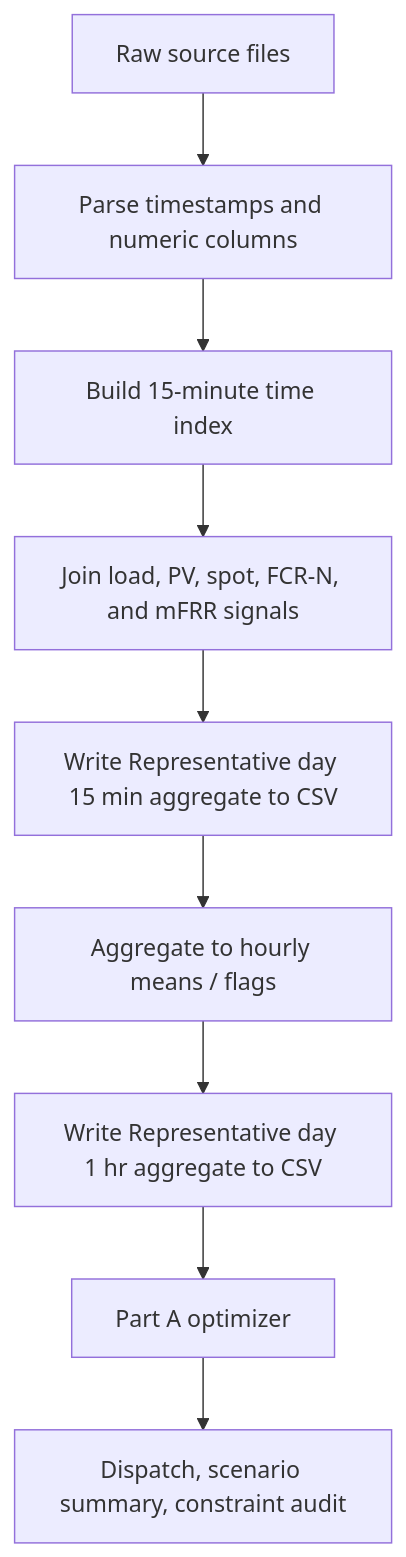
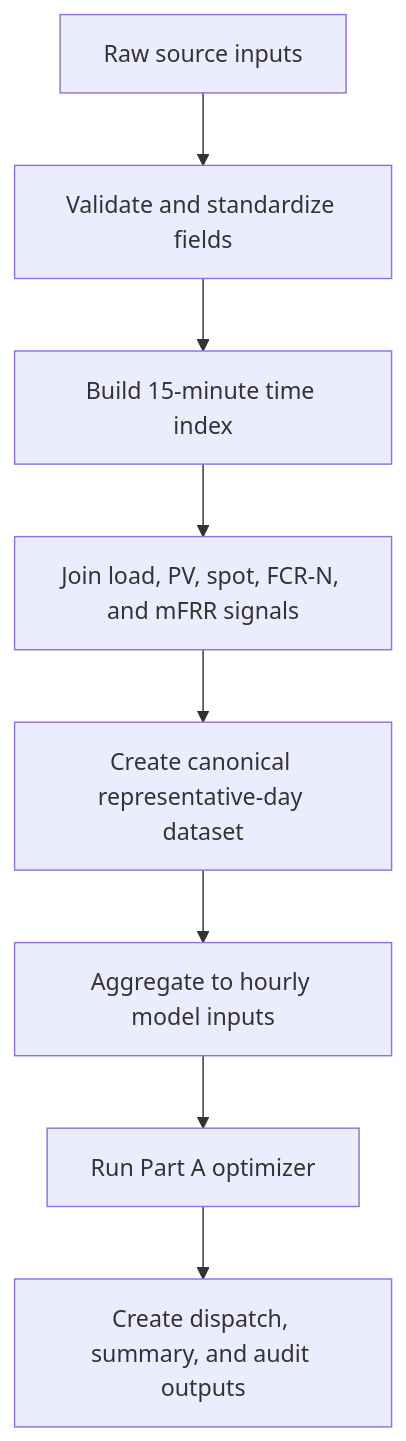
One commit to KayvanShah1/btm-bess-market-optimizer changed the first of 2 diagrams in docs/DATA_METHOD.md. Above: the diagram before and after it, drawn with Mermaid. The commit also changed 1 other file, not shown here.

Commit message:
Refactor data flow diagrams in documentation for clarity and consistency

````diff
--- a/docs/DATA_METHOD.md
+++ b/docs/DATA_METHOD.md
@@ -23,11 +23,10 @@
 ```mermaid
 flowchart TD
-    A[Raw source files] --> B[Parse timestamps and numeric columns]
+    A[Raw source inputs] --> B[Validate and standardize fields]
     B --> C[Build 15-minute time index]
     C --> D[Join load, PV, spot, FCR-N, and mFRR signals]
-    D --> E[Write Representative day 15 min aggregate to CSV]
-    E --> F[Aggregate to hourly means / flags]
-    F --> G[Write Representative day 1 hr aggregate to CSV]
-    G --> H[Part A optimizer]
-    H --> I[Dispatch, scenario summary, constraint audit]
+    D --> E[Create canonical representative-day dataset]
+    E --> F[Aggregate to hourly model inputs]
+    F --> G[Run Part A optimizer]
+    G --> H[Create dispatch, summary, and audit outputs]
 ```
````
